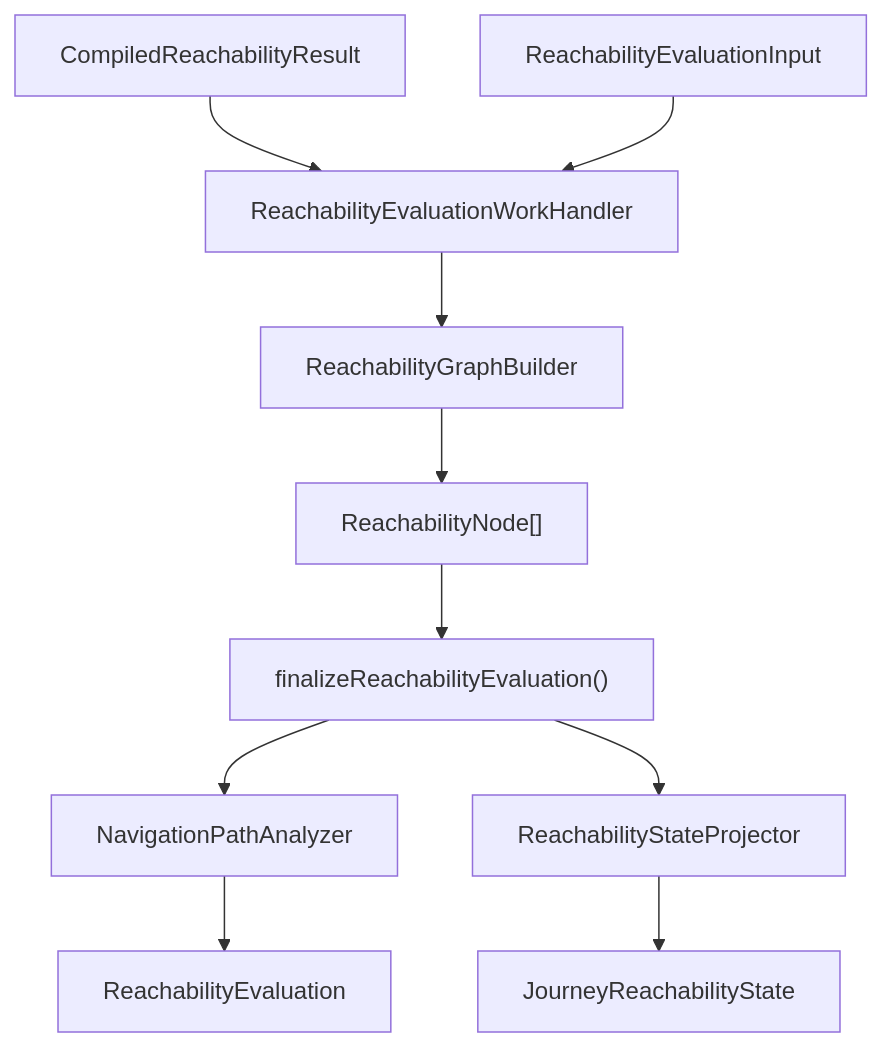
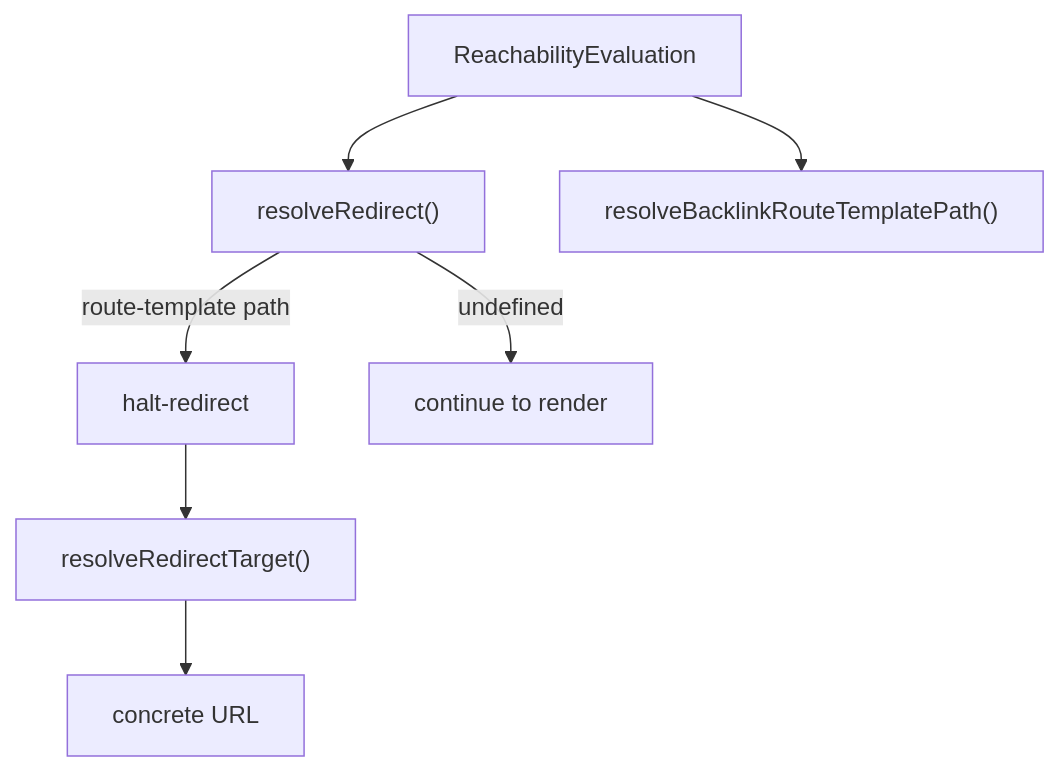
The diagram in packages/forge-core/src/engine/runtime/evaluation/phases/reachability/README.md (ministryofjustice/hmpps-forge), drawn with Mermaid before and after one commit. The commit also changed other lines of this file and 62 other files, not shown here.

````diff
--- a/packages/forge-core/src/engine/runtime/evaluation/phases/reachability/README.md
+++ b/packages/forge-core/src/engine/runtime/evaluation/phases/reachability/README.md
@@ -86,12 +72,9 @@
 ```mermaid
 flowchart TD
-  compiled["CompiledReachabilityResult"] --> handler["ReachabilityEvaluationWorkHandler"]
-  input["ReachabilityEvaluationInput"] --> handler
-  handler --> builder["ReachabilityGraphBuilder"]
-  builder --> steps["ReachabilityNode[]"]
-  steps --> finalize["finalizeReachabilityEvaluation()"]
-  finalize --> analyzer["NavigationPathAnalyzer"]
-  finalize --> projector["ReachabilityStateProjector"]
-  analyzer --> evaluation["ReachabilityEvaluation"]
-  projector --> state["JourneyReachabilityState"]
+  evaluation["ReachabilityEvaluation"] --> redirect["resolveRedirect()"]
+  redirect -->|route-template path| halt["halt-redirect"]
+  redirect -->|undefined| continueRender["continue to render"]
+  evaluation --> backlink["resolveBacklinkRouteTemplatePath()"]
+  halt --> target["resolveRedirectTarget()"]
+  target --> url["concrete URL"]
 ```
````
